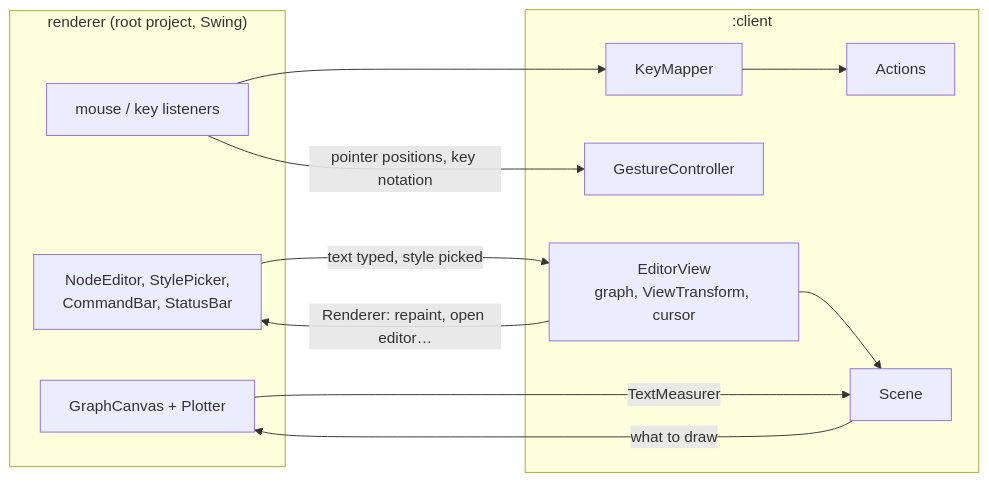
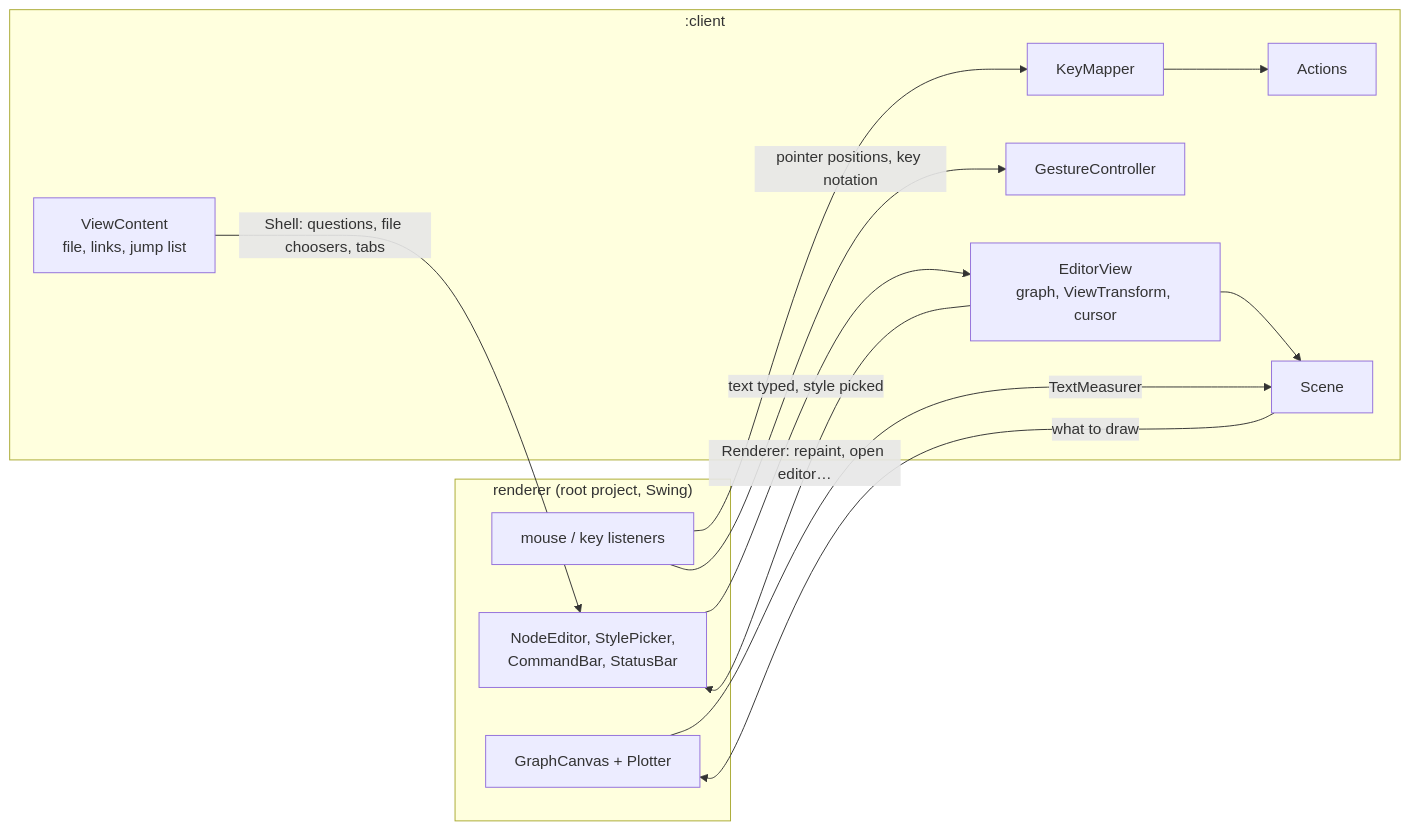
Before and after one commit to kareltucek/sane-graph-edit: the eighth of 8 diagrams in docs/developer/architecture.md, drawn with Mermaid. The commit also changed other lines of this file and 25 other files, not shown here.

````diff
--- a/docs/developer/architecture.md
+++ b/docs/developer/architecture.md
@@ -517,21 +517,23 @@
 ```mermaid
 flowchart LR
     subgraph R["renderer (root project, Swing)"]
         Listeners[mouse / key listeners]
         Canvas[GraphCanvas + Plotter]
         Widgets[NodeEditor, StylePicker,<br/>CommandBar, StatusBar]
     end
     subgraph C[":client"]
         View[EditorView<br/>graph, ViewTransform, cursor]
         Gest[GestureController]
         Keys[KeyMapper]
         Act[Actions]
         Sc[Scene]
+        Cont[ViewContent<br/>file, links, jump list]
     end
     Listeners -- "pointer positions, key notation" --> Gest
     Listeners --> Keys --> Act
     Widgets -- "text typed, style picked" --> View
     View --> Sc -- "what to draw" --> Canvas
     View -- "Renderer: repaint, open editor…" --> Widgets
     Canvas -- "TextMeasurer" --> Sc
+    Cont -- "Shell: questions, file choosers, tabs" --> Widgets
 ```
````
